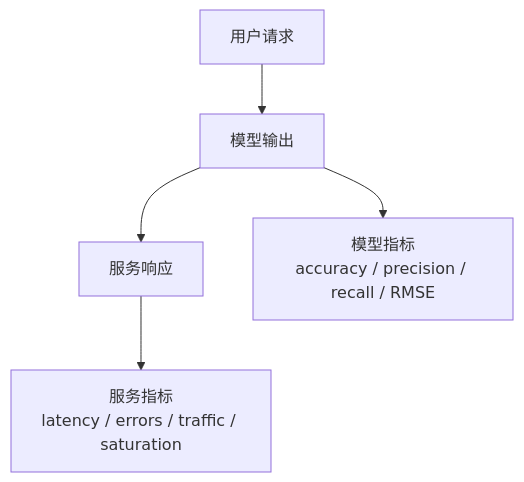
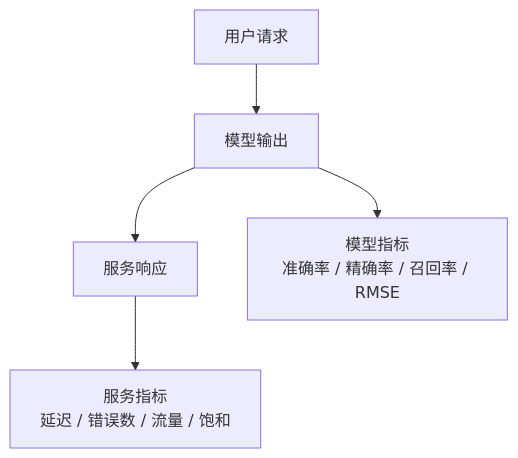
The diagram in docs/assets/part-04/chapter-06/p4-6-3-mermaid-01-zh.mmd (devchan64/AiBook), drawn with Mermaid before and after one commit. The commit also changed 87 other files, not shown here.

Commit message:
Refine Part 4 Korean and Chinese diagram localization

```diff
--- a/docs/assets/part-04/chapter-06/p4-6-3-mermaid-01-zh.mmd
+++ b/docs/assets/part-04/chapter-06/p4-6-3-mermaid-01-zh.mmd
@@ -1,10 +1,10 @@
 flowchart TD
   A["用户请求"]
   B["模型输出"]
   C["服务响应"]
-  D["模型指标<br/>accuracy / precision / recall / RMSE"]
-  E["服务指标<br/>latency / errors / traffic / saturation"]
+  D["模型指标<br/>准确率 / 精确率 / 召回率 / RMSE"]
+  E["服务指标<br/>延迟 / 错误数 / 流量 / 饱和"]
 
   A --> B --> C
   B --> D
   C --> E
```
